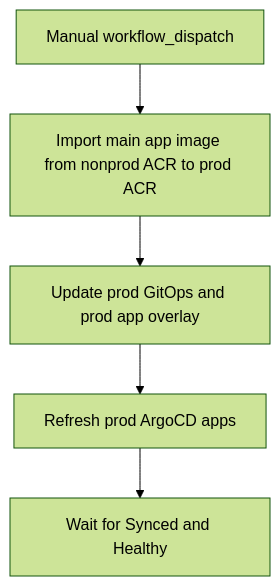
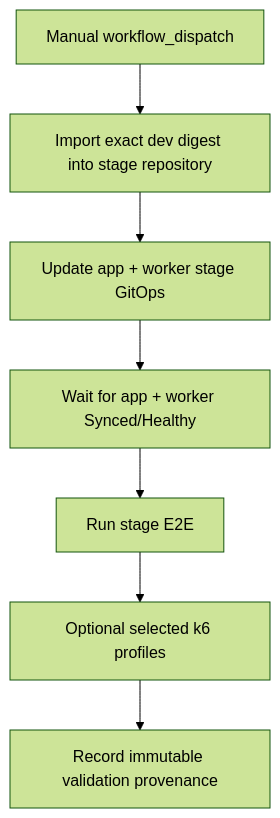
The tenth of 10 diagrams in knauf/docs/reference/agentic-karl-architecture.md (Falenos/LibreChat), drawn with Mermaid (forest theme) before and after one commit. The commit also changed other lines of this file and 8 other files, not shown here.

````diff
--- a/knauf/docs/reference/agentic-karl-architecture.md
+++ b/knauf/docs/reference/agentic-karl-architecture.md
@@ -855,12 +940,12 @@
 ```mermaid
 flowchart TB
   manual["Manual workflow_dispatch"]
-  importApp["Import main app image from nonprod ACR to prod ACR"]
-  updateGitOps["Update prod GitOps and prod app overlay"]
-  refresh["Refresh prod ArgoCD apps"]
-  wait["Wait for Synced and Healthy"]
+  importStage["Import exact dev digest into stage repository"]
+  updateStage["Update app + worker stage GitOps"]
+  argoStage["Wait for app + worker Synced/Healthy"]
+  e2e["Run stage E2E"]
+  perf["Optional selected k6 profiles"]
+  provenance["Record immutable validation provenance"]
 
-  manual --> importApp
-  importApp --> updateGitOps
-  updateGitOps --> refresh --> wait
+  manual --> importStage --> updateStage --> argoStage --> e2e --> perf --> provenance
 ```
````
